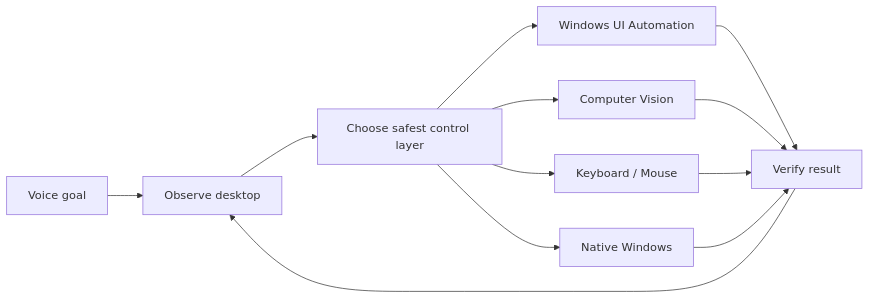
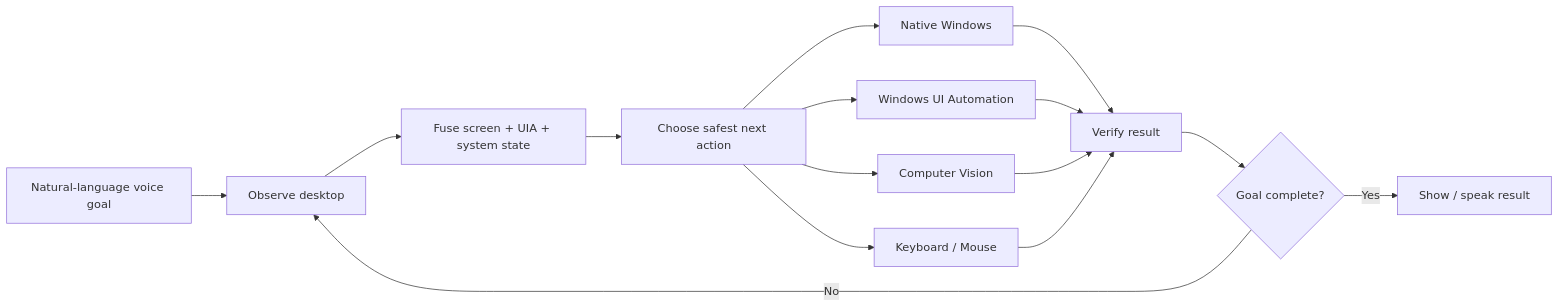
The diagram in README.md (inshalstratrum/SHAL-Voice-PC), drawn with Mermaid before and after one commit. The commit also changed other lines of this file, not shown here.

Commit message:
Expand professional README with architecture, features, security, roadmap, and discoverability

````diff
--- a/README.md
+++ b/README.md
@@ -27,14 +37,20 @@
 ```mermaid
 flowchart LR
-    Voice[Voice goal] --> Observe[Observe desktop]
-    Observe --> Plan[Choose safest control layer]
-    Plan --> UIA[Windows UI Automation]
-    Plan --> Vision[Computer Vision]
-    Plan --> KM[Keyboard / Mouse]
-    Plan --> Native[Native Windows]
-    UIA --> Verify[Verify result]
+    Voice["Natural-language voice goal"] --> Observe["Observe desktop"]
+    Observe --> State["Fuse screen + UIA + system state"]
+    State --> Plan["Choose safest next action"]
+
+    Plan --> Native["Native Windows"]
+    Plan --> UIA["Windows UI Automation"]
+    Plan --> Vision["Computer Vision"]
+    Plan --> KM["Keyboard / Mouse"]
+
+    Native --> Verify["Verify result"]
+    UIA --> Verify
     Vision --> Verify
     KM --> Verify
-    Native --> Verify
-    Verify --> Observe
+
+    Verify --> Done{"Goal complete?"}
+    Done -- No --> Observe
+    Done -- Yes --> Reply["Show / speak result"]
 ```
````
